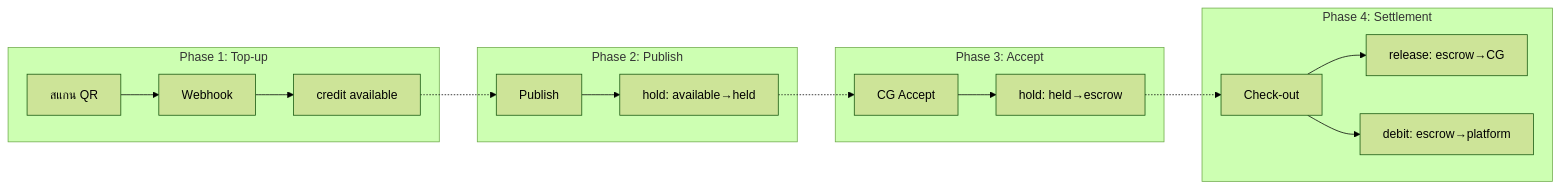
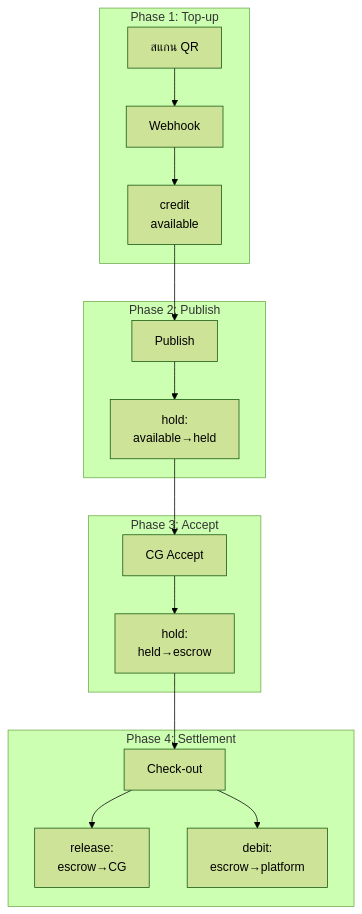
Before and after one commit to SakdaRt/Careconnect: the fourth of 5 diagrams in THESIS_CONTENT_CH3_PART2.md, drawn with Mermaid (forest theme). The commit also changed 2 other files, not shown here.

Commit message:
docs(thesis): ปรับ Mermaid diagrams ให้พอดี A4 (เปลี่ยนเป็นแนวตั้งและจัดบรรทัด)

````diff
--- a/THESIS_CONTENT_CH3_PART2.md
+++ b/THESIS_CONTENT_CH3_PART2.md
@@ -170,19 +170,19 @@
 ```mermaid
-flowchart LR
-    subgraph "Phase 1: Top-up"
-        A1["สแกน QR"] --> A2["Webhook"] --> A3["credit available"]
+flowchart TD
+    subgraph P1["Phase 1: Top-up"]
+        A1["สแกน QR"] --> A2["Webhook"] --> A3["credit<br/>available"]
     end
-    subgraph "Phase 2: Publish"
-        B1["Publish"] --> B2["hold: available→held"]
+    subgraph P2["Phase 2: Publish"]
+        B1["Publish"] --> B2["hold:<br/>available→held"]
     end
-    subgraph "Phase 3: Accept"
-        C1["CG Accept"] --> C2["hold: held→escrow"]
+    subgraph P3["Phase 3: Accept"]
+        C1["CG Accept"] --> C2["hold:<br/>held→escrow"]
     end
-    subgraph "Phase 4: Settlement"
-        D1["Check-out"] --> D2["release: escrow→CG"]
-        D1 --> D3["debit: escrow→platform"]
+    subgraph P4["Phase 4: Settlement"]
+        D1["Check-out"] --> D2["release:<br/>escrow→CG"]
+        D1 --> D3["debit:<br/>escrow→platform"]
     end
-    A3 -.-> B1
-    B2 -.-> C1
-    C2 -.-> D1
+    A3 --> B1
+    B2 --> C1
+    C2 --> D1
 ```
````
